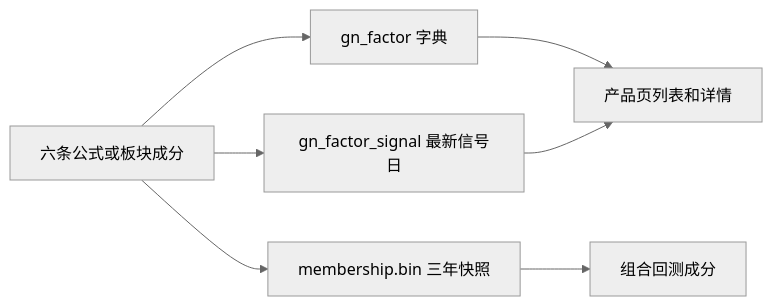
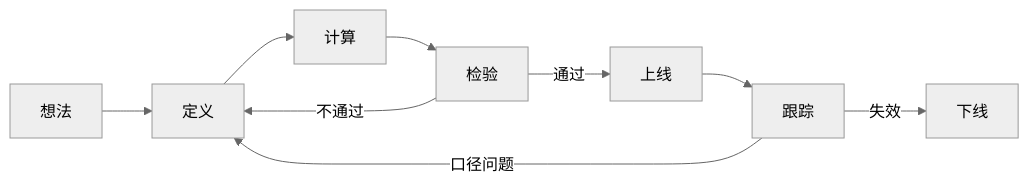
The diagram in factor/lifecycle.mdx (Saka9527/gaoneng-quant), drawn with Mermaid (neutral theme) before and after one commit. The commit also changed other lines of this file and 15 other files, not shown here.

````diff
--- a/factor/lifecycle.mdx
+++ b/factor/lifecycle.mdx
@@ -7,16 +7,16 @@
 ```mermaid
 flowchart LR
-  formula[六条公式或板块成分]
-  dict[gn_factor 字典]
-  signal[gn_factor_signal 最新信号日]
-  snap[membership.bin 三年快照]
-  page[产品页列表和详情]
-  bt[组合回测成分]
+  idea[想法]
+  define[定义]
+  compute[计算]
+  test[检验]
+  online[上线]
+  track[跟踪]
+  retire[下线]
 
-  formula --> dict
-  formula --> signal
-  formula --> snap
-  dict --> page
-  signal --> page
-  snap --> bt
+  idea --> define --> compute --> test
+  test -->|通过| online --> track
+  test -->|不通过| define
+  track -->|失效| retire
+  track -->|口径问题| define
 ```
````
